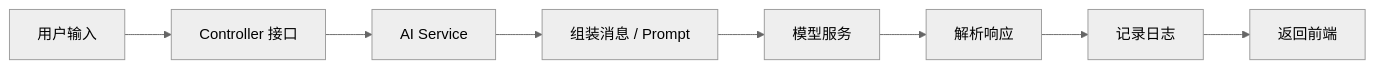
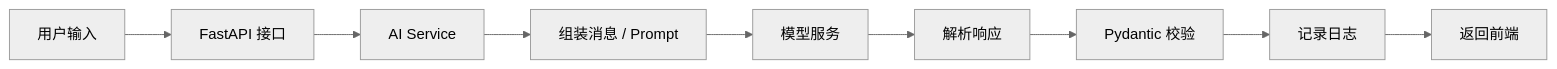
The diagram in chapters/02-llm-application-basics.md (yanishuang/learn_ai_agent), drawn with Mermaid (neutral theme) before and after one commit. The commit also changed other lines of this file and 12 other files, not shown here.

````diff
--- a/chapters/02-llm-application-basics.md
+++ b/chapters/02-llm-application-basics.md
@@ -44,10 +44,11 @@
 ```mermaid
 flowchart LR
-    User["用户输入"] --> Controller["Controller 接口"]
-    Controller --> Service["AI Service"]
+    User["用户输入"] --> API["FastAPI 接口"]
+    API --> Service["AI Service"]
     Service --> Prompt["组装消息 / Prompt"]
     Prompt --> Model["模型服务"]
     Model --> Parse["解析响应"]
-    Parse --> Log["记录日志"]
+    Parse --> Validate["Pydantic 校验"]
+    Validate --> Log["记录日志"]
     Log --> Response["返回前端"]
 ```
````
